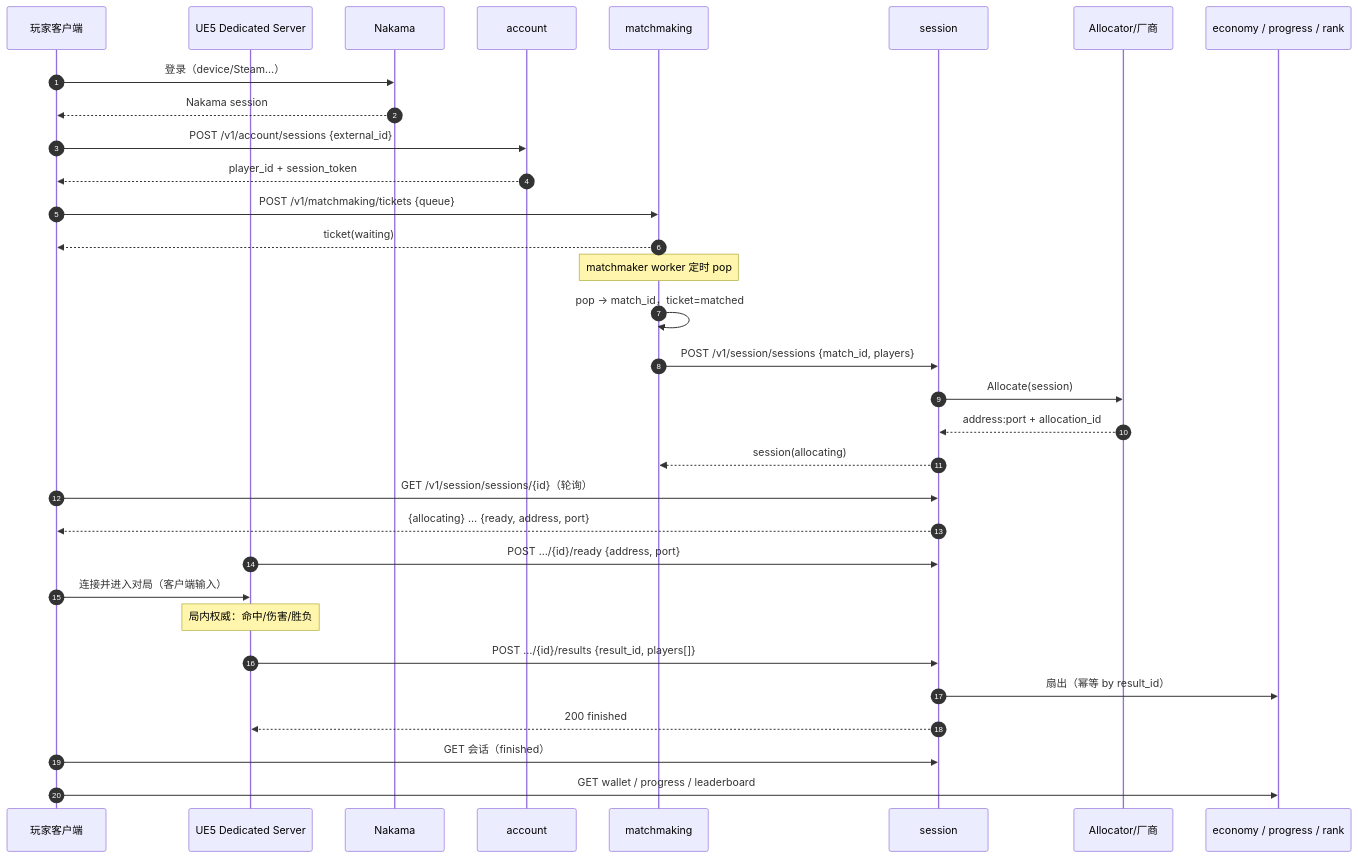
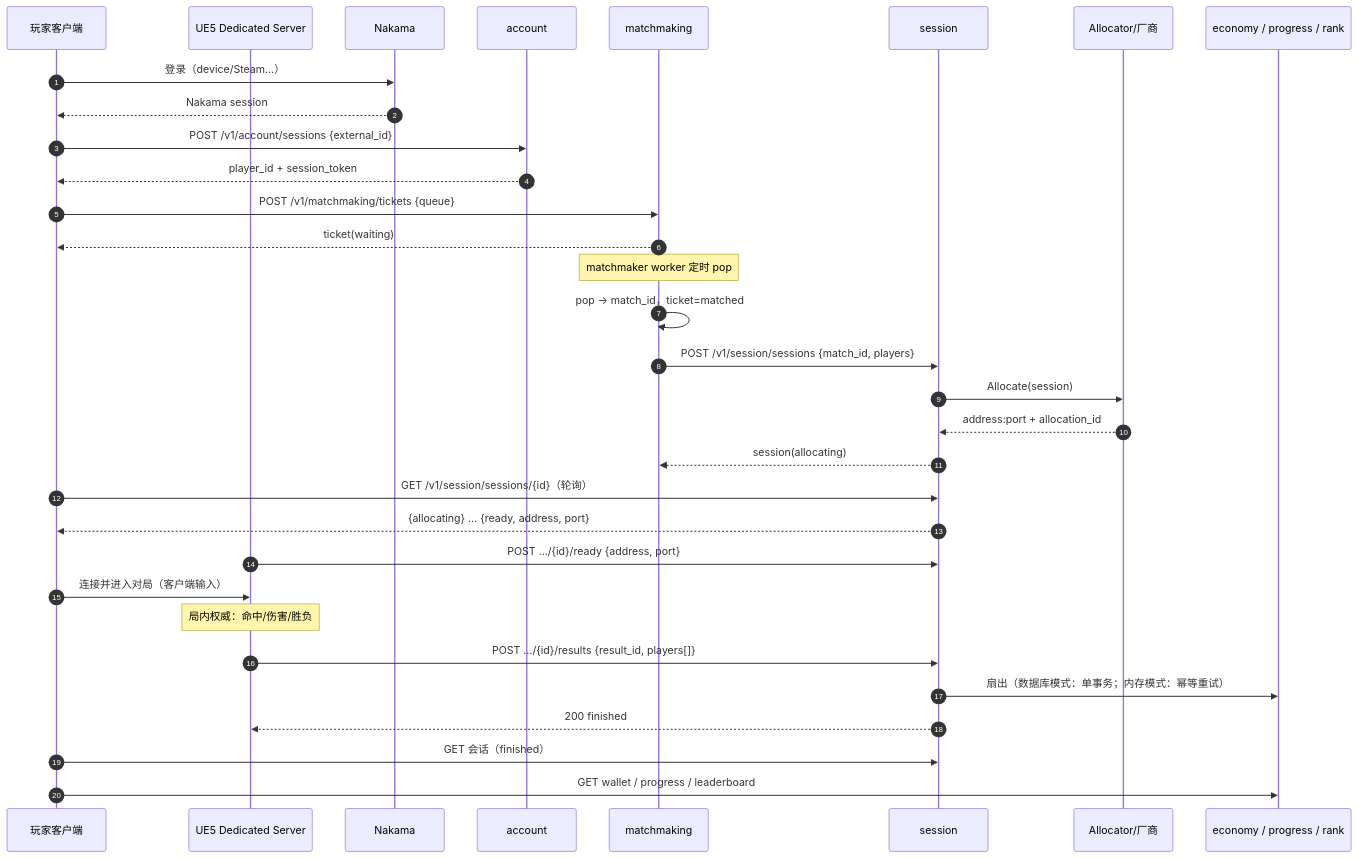
One commit to CoderYkj/Hape changed the second of 2 diagrams in docs/architecture.md. Above: the diagram before and after it, drawn with Mermaid. The commit also changed other lines of this file and 7 other files, not shown here.

````diff
--- a/docs/architecture.md
+++ b/docs/architecture.md
@@ -73,35 +81,35 @@
 ```mermaid
 sequenceDiagram
     autonumber
     participant P as 玩家客户端
     participant DS as UE5 Dedicated Server
     participant N as Nakama
     participant A as account
     participant M as matchmaking
     participant S as session
     participant AL as Allocator/厂商
     participant ECO as economy / progress / rank
 
     P->>N: 登录（device/Steam…）
     N-->>P: Nakama session
     P->>A: POST /v1/account/sessions {external_id}
     A-->>P: player_id + session_token
     P->>M: POST /v1/matchmaking/tickets {queue}
     M-->>P: ticket(waiting)
     Note over M: matchmaker worker 定时 pop
     M->>M: pop → match_id，ticket=matched
     M->>S: POST /v1/session/sessions {match_id, players}
     S->>AL: Allocate(session)
     AL-->>S: address:port + allocation_id
     S-->>M: session(allocating)
     P->>S: GET /v1/session/sessions/{id}（轮询）
     S-->>P: {allocating} … {ready, address, port}
     DS->>S: POST …/{id}/ready {address, port}
     P->>DS: 连接并进入对局（客户端输入）
     Note over DS: 局内权威：命中/伤害/胜负
     DS->>S: POST …/{id}/results {result_id, players[]}
-    S->>ECO: 扇出（幂等 by result_id）
+    S->>ECO: 扇出（数据库模式：单事务；内存模式：幂等重试）
     S-->>DS: 200 finished
     P->>S: GET 会话（finished）
     P->>ECO: GET wallet / progress / leaderboard
 ```
````
